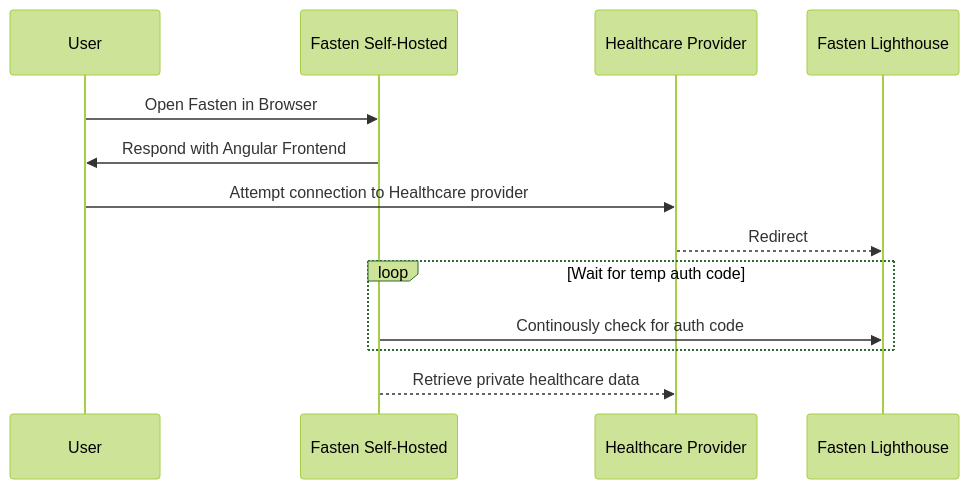
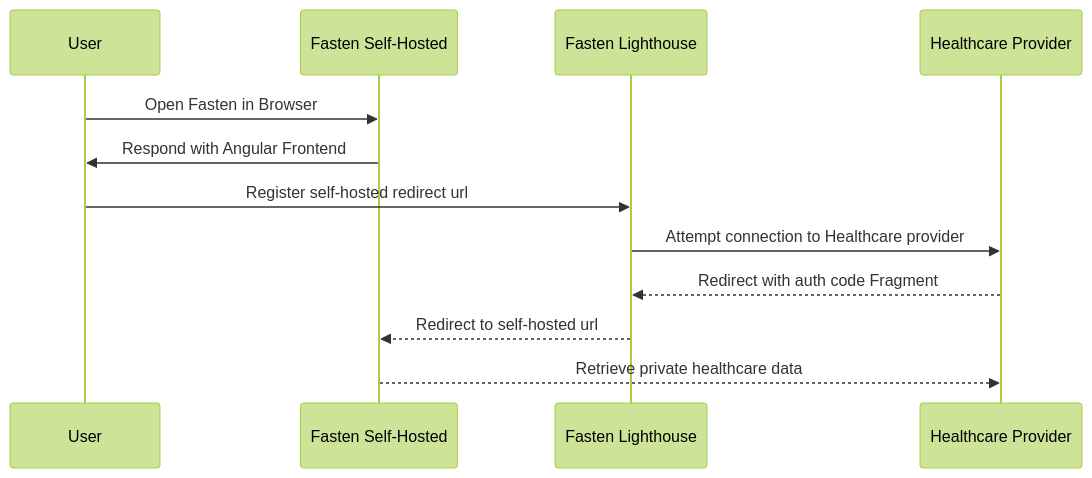
One commit to fastenhealth/docs changed the second of 2 diagrams in technical/ARCHITECTURE.md. Above: the diagram before and after it, drawn with Mermaid (forest theme). The commit also changed 2 other files, not shown here.

Commit message:
vault backup: 2022-12-23 18:01:47

````diff
--- a/technical/ARCHITECTURE.md
+++ b/technical/ARCHITECTURE.md
@@ -28,12 +28,10 @@
 ```mermaid
 sequenceDiagram
 User->>Fasten Self-Hosted: Open Fasten in Browser
 Fasten Self-Hosted->>User: Respond with Angular Frontend
-User->>Healthcare Provider: Attempt connection to Healthcare provider
-Healthcare Provider-->>Fasten Lighthouse: Redirect
-
-loop Wait for temp auth code
-    Fasten Self-Hosted->>Fasten Lighthouse: Continously check for auth code
-end
+User->>Fasten Lighthouse: Register self-hosted redirect url
+Fasten Lighthouse->>Healthcare Provider: Attempt connection to Healthcare provider
+Healthcare Provider-->>Fasten Lighthouse: Redirect with auth code Fragment
+Fasten Lighthouse-->>Fasten Self-Hosted: Redirect to self-hosted url 
 Fasten Self-Hosted-->>Healthcare Provider:Retrieve private healthcare data
 ```
````
